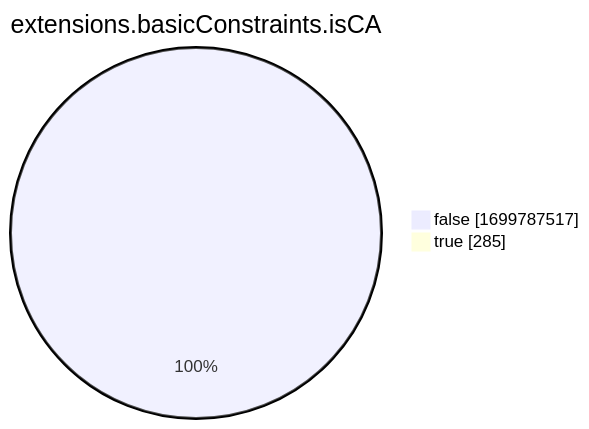
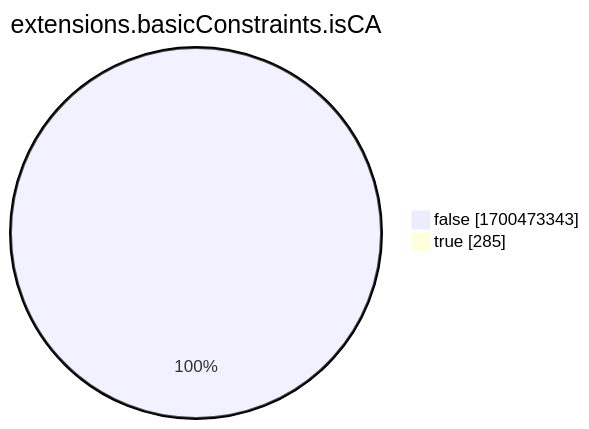
One commit to christiankrug/ctmonitor_visualization changed the eighth of 15 diagrams in xenon2022/README.md. Above: the diagram before and after it, drawn with Mermaid. The commit also changed other lines of this file, not shown here.

````diff
--- a/xenon2022/README.md
+++ b/xenon2022/README.md
@@ -2865,6 +2865,6 @@
 ```mermaid
 pie showData
 title extensions.basicConstraints.isCA
-"false" :1699787517
+"false" :1700473343
 "true" :285
 ```
````
